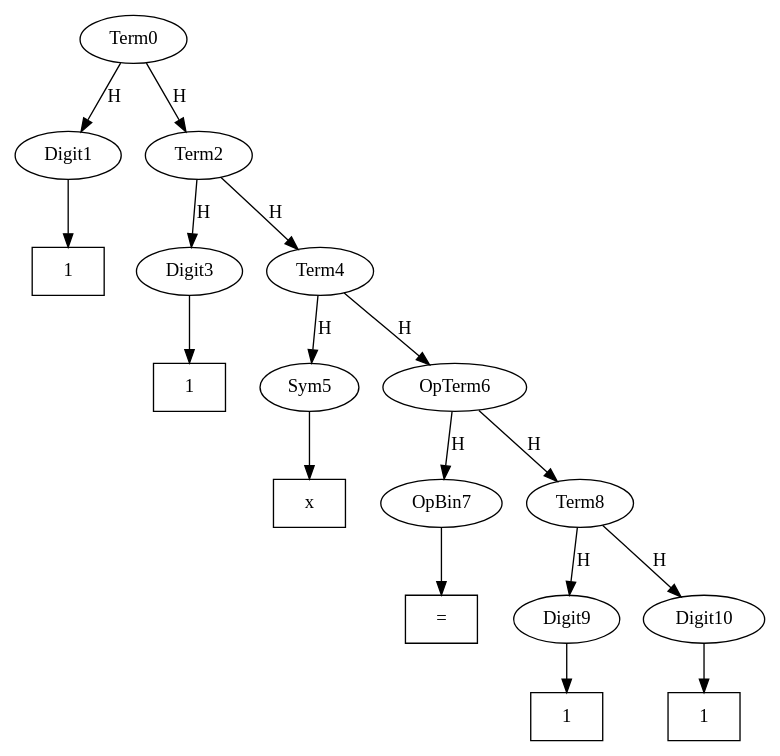
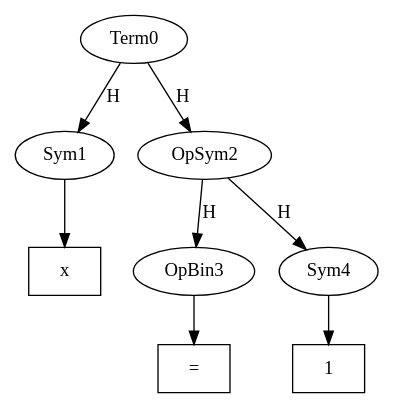
The diagram in Seshat-master/out.dot (singator/UROPS2020), drawn with Graphviz before and after one commit. The commit also changed 3 other files, not shown here.

```diff
--- a/Seshat-master/out.dot
+++ b/Seshat-master/out.dot
@@ -1,24 +1,12 @@
 digraph mathExp{
-Term0 -> Digit1 [label=H]
-T11 [shape=box,label="1"]
-Digit1 -> T11
-Term0 -> Term2 [label=H]
-Term2 -> Digit3 [label=H]
-T13 [shape=box,label="1"]
-Digit3 -> T13
-Term2 -> Term4 [label=H]
-Term4 -> Sym5 [label=H]
-Tx5 [shape=box,label="x"]
-Sym5 -> Tx5
-Term4 -> OpTerm6 [label=H]
-OpTerm6 -> OpBin7 [label=H]
-Te7 [shape=box,label="="]
-OpBin7 -> Te7
-OpTerm6 -> Term8 [label=H]
-Term8 -> Digit9 [label=H]
-T19 [shape=box,label="1"]
-Digit9 -> T19
-Term8 -> Digit10 [label=H]
-T110 [shape=box,label="1"]
-Digit10 -> T110
+Term0 -> Sym1 [label=H]
+Tx1 [shape=box,label="x"]
+Sym1 -> Tx1
+Term0 -> OpSym2 [label=H]
+OpSym2 -> OpBin3 [label=H]
+Te3 [shape=box,label="="]
+OpBin3 -> Te3
+OpSym2 -> Sym4 [label=H]
+T14 [shape=box,label="1"]
+Sym4 -> T14
 }
```
